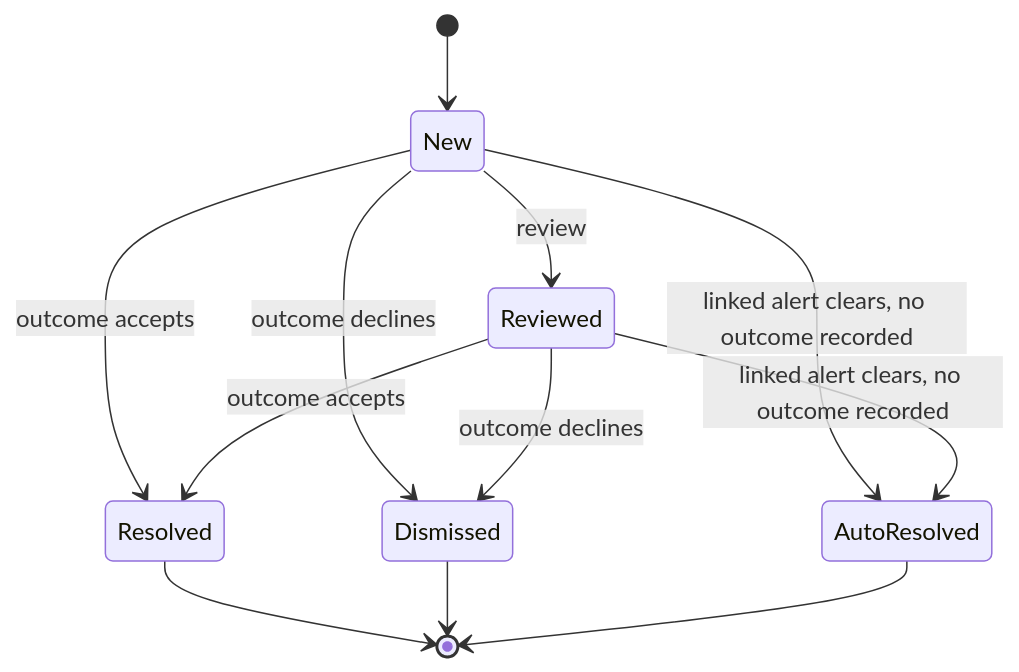
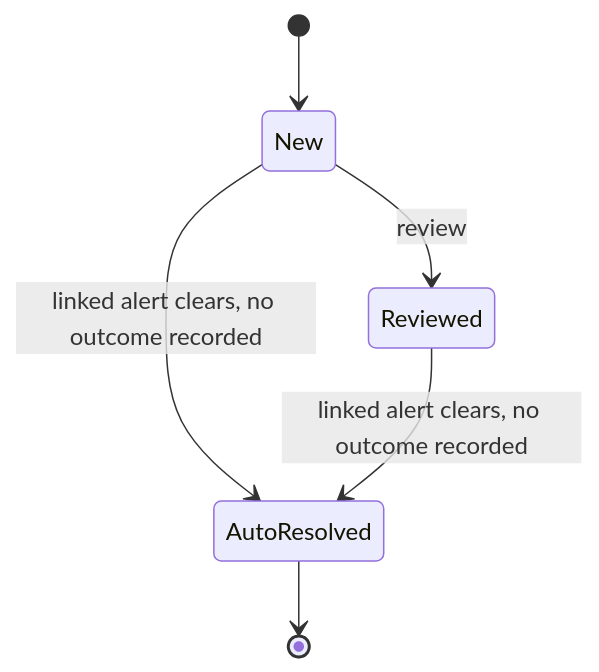
Before and after one commit to ceezey/PATHWAYS: diagram 18 of 31 in docs/prd-pathways.md, drawn with Mermaid. The commit also changed 2 other files, not shown here.

Commit message:
docs(f10-f11): record the terminal alert outcome decision, align the F11 diagram and map new suite coverage

````diff
--- a/docs/prd-pathways.md
+++ b/docs/prd-pathways.md
@@ -1333,15 +1333,9 @@
 ```mermaid
 stateDiagram-v2
-  %% Decline and Escalate record an outcome and leave status unchanged
+  %% Every outcome records a decision and leaves the recommendation status unchanged
   [*] --> New
   New --> Reviewed: review
-  New --> Resolved: outcome accepts
-  Reviewed --> Resolved: outcome accepts
-  New --> Dismissed: outcome declines
-  Reviewed --> Dismissed: outcome declines
   New --> AutoResolved: linked alert clears, no outcome recorded
   Reviewed --> AutoResolved: linked alert clears, no outcome recorded
-  Resolved --> [*]
-  Dismissed --> [*]
   AutoResolved --> [*]
 ```
````
